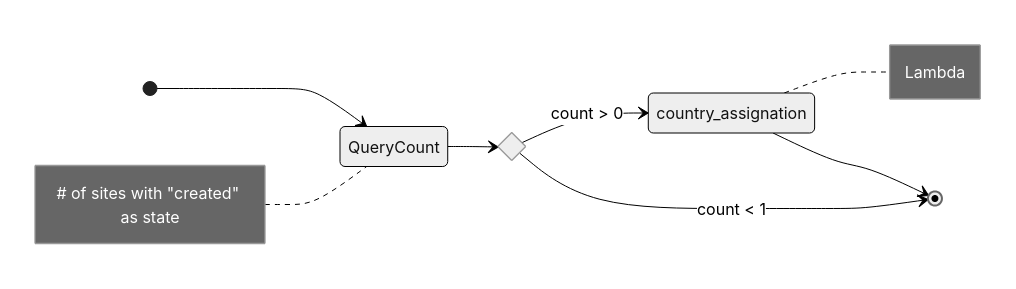
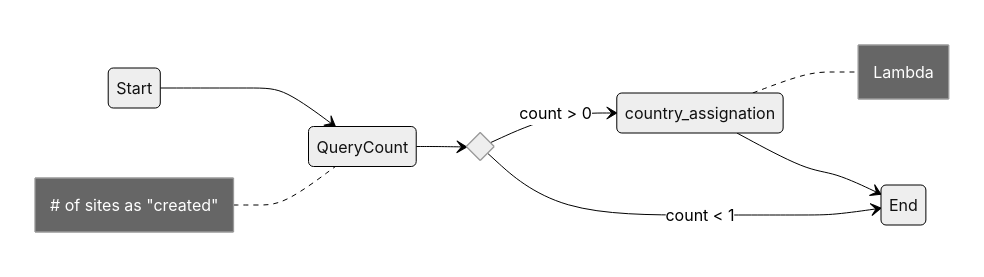
The second of 3 diagrams in README.md (gusVG/EDAi), drawn with Mermaid (neutral theme) before and after one commit. The commit also changed other lines of this file, not shown here.

````diff
--- a/README.md
+++ b/README.md
@@ -29,16 +29,16 @@
 ```mermaid
 stateDiagram
 direction  LR
   state branch <<choice>>
-  [*] --> QueryCount
+  Start --> QueryCount
   note left of QueryCount
-    # of sites with "created" as state
+    # of sites as "created"
   end note
   QueryCount --> branch
   branch --> country_assignation: count > 0
   note right of country_assignation
     Lambda
   end note
-  branch --> [*]: count < 1
-  country_assignation --> [*]
+  branch --> End: count < 1
+  country_assignation --> End
 ```
````
